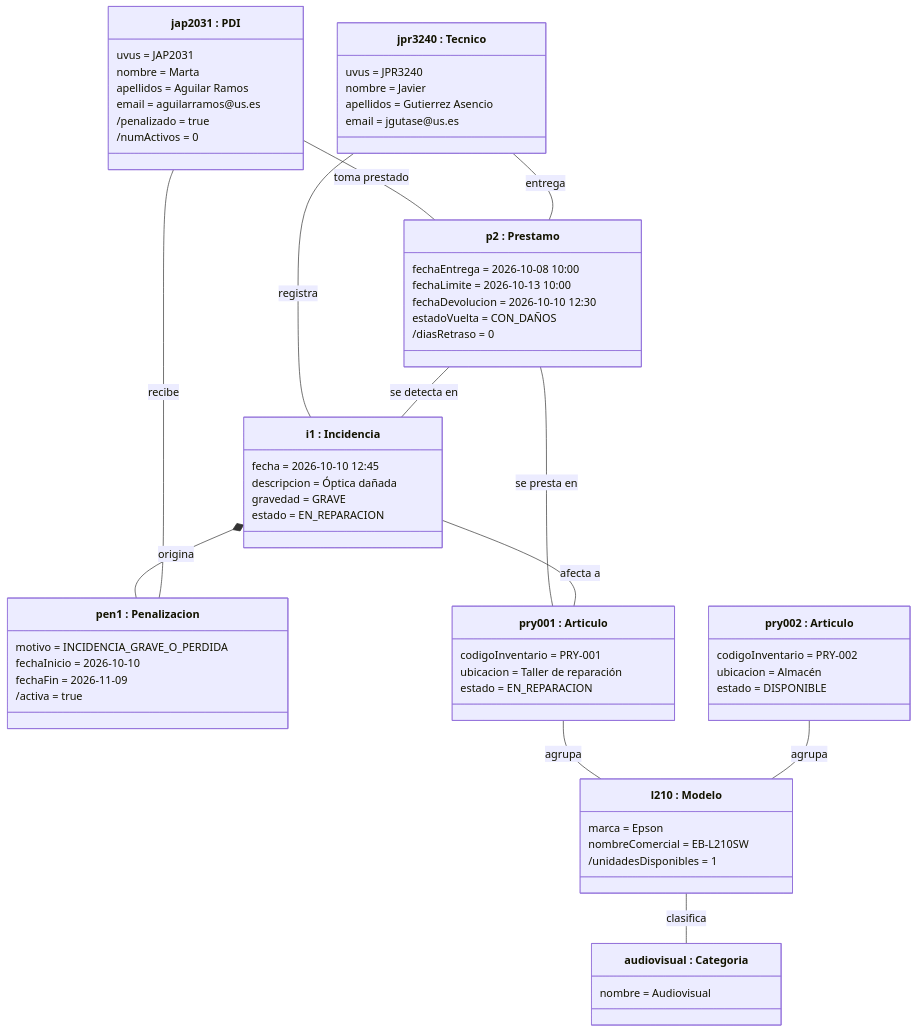
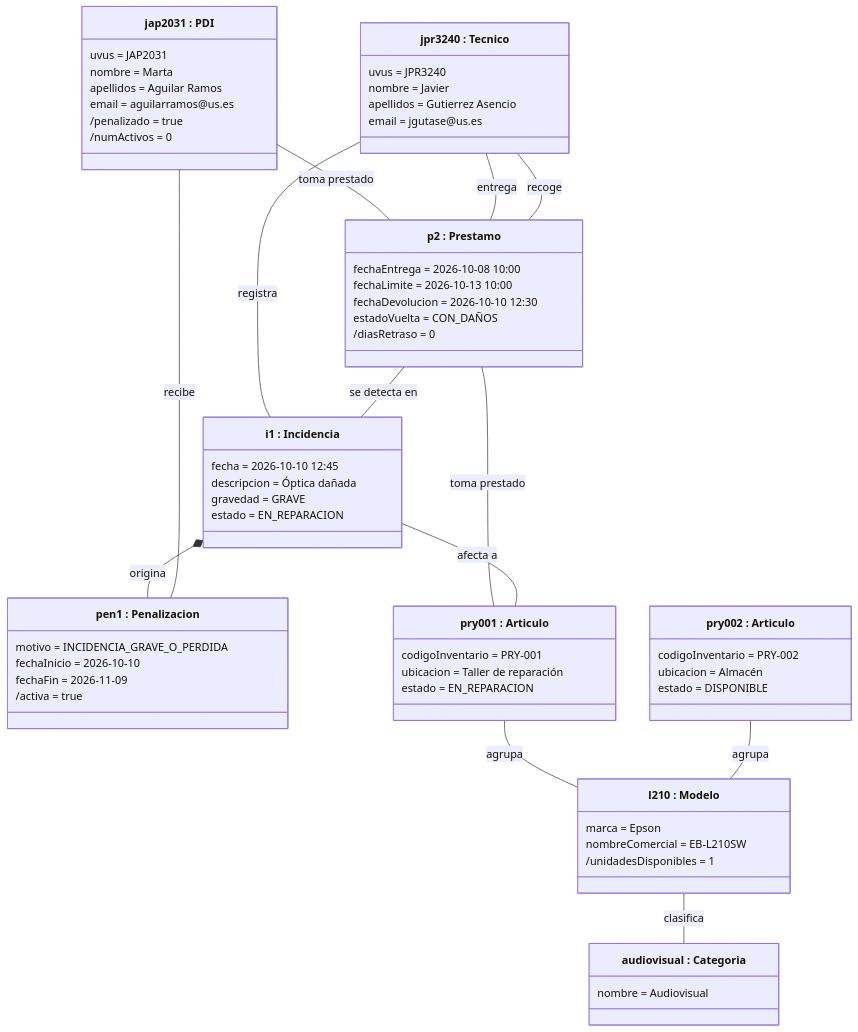
Before and after one commit to kikiyet/proyecto-curso-iissi1-2026-TKL4651: the fourth of 4 diagrams in README.md, drawn with Mermaid. The commit also changed other lines of this file, not shown here.

````diff
--- a/README.md
+++ b/README.md
@@ -723,66 +723,67 @@
 ```mermaid
 classDiagram
 direction TB
 class jap2031["jap2031 : PDI"] {
   uvus = JAP2031
   nombre = Marta
   apellidos = Aguilar Ramos
   email = aguilarramos@us.es
   /penalizado = true
   /numActivos = 0
 }
 class jpr3240["jpr3240 : Tecnico"] {
   uvus = JPR3240
   nombre = Javier
   apellidos = Gutierrez Asencio
   email = jgutase@us.es
 }
 class p2["p2 : Prestamo"] {
   fechaEntrega = 2026-10-08 10:00
   fechaLimite = 2026-10-13 10:00
   fechaDevolucion = 2026-10-10 12:30
   estadoVuelta = CON_DAÑOS
   /diasRetraso = 0
 }
 class i1["i1 : Incidencia"] {
   fecha = 2026-10-10 12:45
   descripcion = Óptica dañada
   gravedad = GRAVE
   estado = EN_REPARACION
 }
 class pen1["pen1 : Penalizacion"] {
   motivo = INCIDENCIA_GRAVE_O_PERDIDA
   fechaInicio = 2026-10-10
   fechaFin = 2026-11-09
   /activa = true
 }
 class pry001["pry001 : Articulo"] {
   codigoInventario = PRY-001
   ubicacion = Taller de reparación
   estado = EN_REPARACION
 }
 class pry002["pry002 : Articulo"] {
   codigoInventario = PRY-002
   ubicacion = Almacén
   estado = DISPONIBLE
 }
 class l210["l210 : Modelo"] {
   marca = Epson
   nombreComercial = EB-L210SW
   /unidadesDisponibles = 1
 }
 class audiovisual["audiovisual : Categoria"] {
   nombre = Audiovisual
 }
 jap2031 -- p2 : toma prestado
 jpr3240 -- p2 : entrega
+jpr3240 -- p2 : recoge
 jpr3240 -- i1 : registra
 p2 -- i1 : se detecta en
-p2 -- pry001 : se presta en
+p2 -- pry001 : toma prestado
 i1 -- pry001 : afecta a
 i1 *-- pen1 : origina
 jap2031 -- pen1 : recibe
 pry001 -- l210 : agrupa
 pry002 -- l210 : agrupa
 l210 -- audiovisual : clasifica
 ```
````
